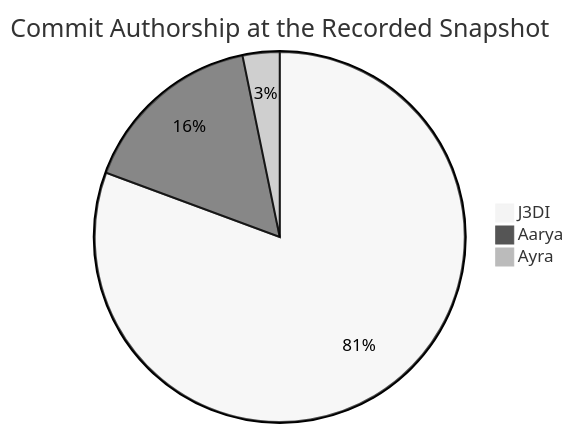
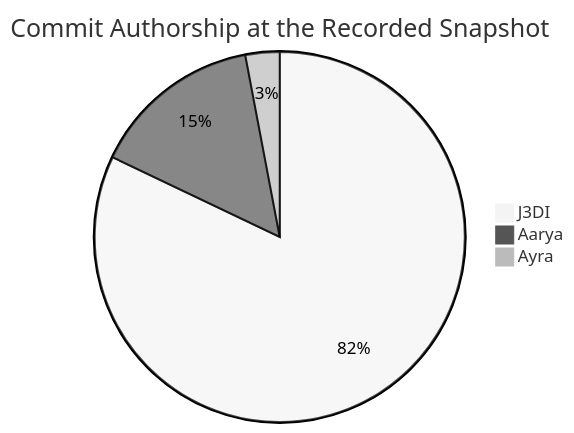
The diagram in docs/Contributions.md (J3DI-19/TraceVeil), drawn with Mermaid (neutral theme) before and after one commit. The commit also changed other lines of this file and 1 other file, not shown here.

````diff
--- a/docs/Contributions.md
+++ b/docs/Contributions.md
@@ -12,6 +12,6 @@
 ```mermaid
 pie title Commit Authorship at the Recorded Snapshot
-    "J3DI" : 50
+    "J3DI" : 55
     "Aarya" : 10
     "Ayra" : 2
 ```
````
